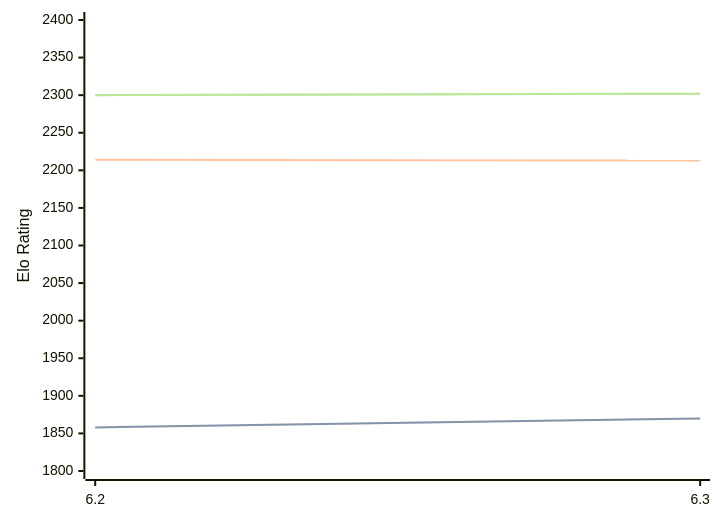
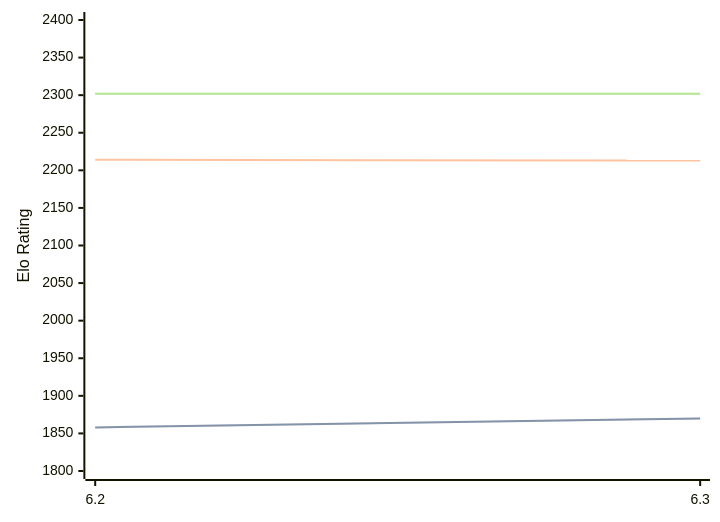
The diagram in engines/chess4j.md (computer-chess-index/cci), drawn with Mermaid before and after one commit. The commit also changed other lines of this file, not shown here.

Commit message:
Update CCI Ratings (ELO VLTC) - 2026-10-03

````diff
--- a/engines/chess4j.md
+++ b/engines/chess4j.md
@@ -32,11 +32,11 @@
 ```mermaid
 %%{init: {"theme":"base","themeVariables":{"seriesColors:['#a3a3a3','#222221','#faa371']}}}%%
 xychart-beta
   x-axis ["6.2", "6.3"]
   y-axis "Elo Rating" 1800 --> 2400
   line "" [1858, 1870]
   line "STC (8.0+0.08s)" [1858, 1870]
   line "LTC (60.0+0.60s)" [2214, 2213]
-  line "" [2300, 2302]
-  line "VLTC (2m24s+1.12s)" [2300, 2302]
+  line "" [2302, 2302]
+  line "VLTC (2m24s+1.12s)" [2302, 2302]
 ```
````
